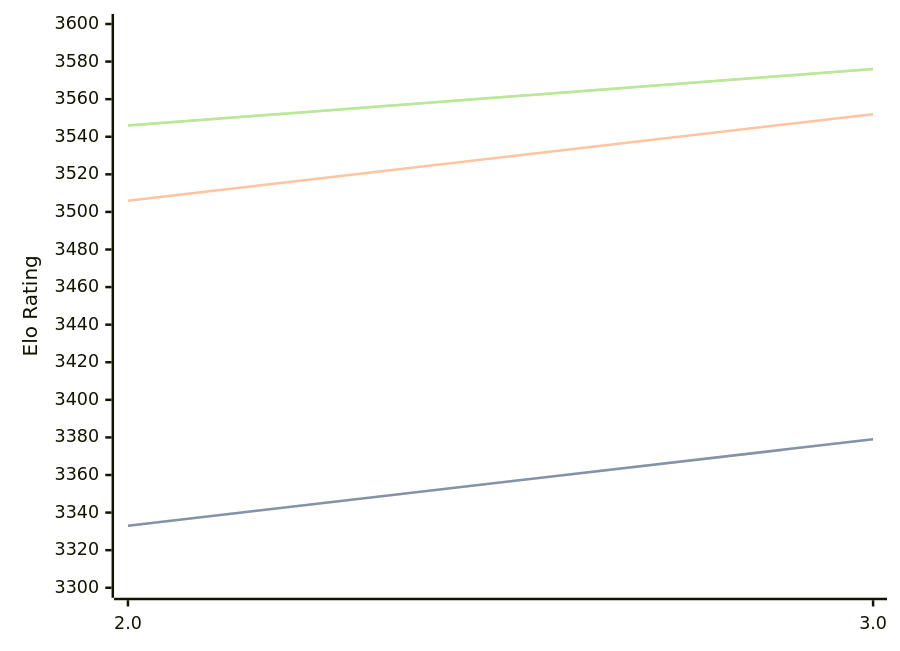
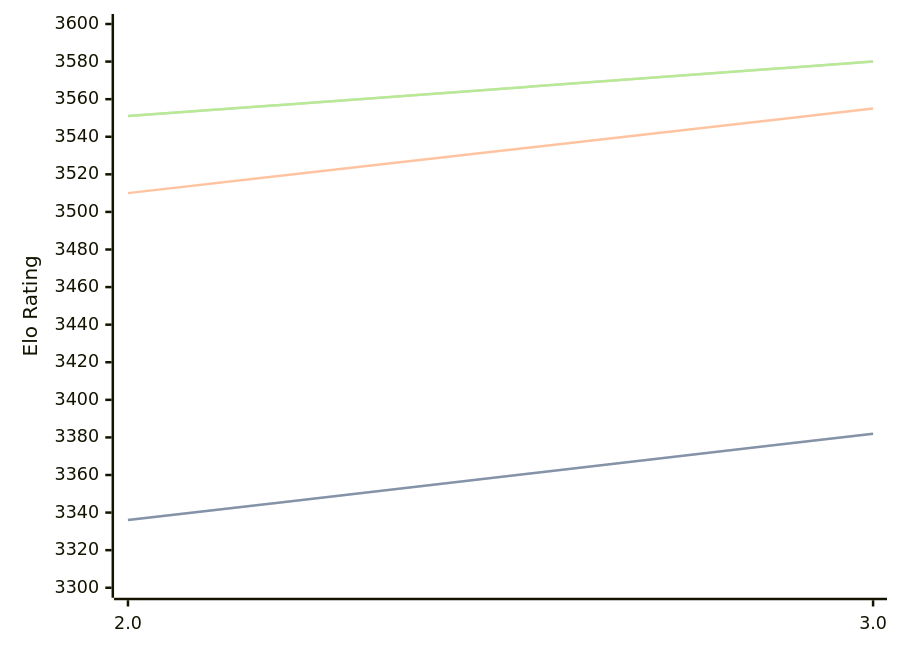
Before and after one commit to computer-chess-index/cci: the diagram in engines/Quanticade.md, drawn with Mermaid. The commit also changed other lines of this file, not shown here.

Commit message:
Update CCI Ratings (ELO VLTC) - 2026-04-30

````diff
--- a/engines/Quanticade.md
+++ b/engines/Quanticade.md
@@ -41,11 +41,11 @@
 ```mermaid
 %%{init: {"theme":"base","themeVariables":{"seriesColors:['#a3a3a3','#222221','#faa371']}}}%%
 xychart-beta
   x-axis ["2.0", "3.0"]
   y-axis "Elo Rating" 3300 --> 3600
-  line "STC (8.0+0.08s)" [3333, 3379]
-  line "STC (8.0+0.08s)" [3333, 3379]
-  line "LTC (60.0+0.60s)" [3506, 3552]
-  line "VLTC (2m24s+1.12s)" [3546, 3576]
-  line "VLTC (2m24s+1.12s)" [3546, 3576]
+  line "STC (8.0+0.08s)" [3336, 3382]
+  line "STC (8.0+0.08s)" [3336, 3382]
+  line "LTC (60.0+0.60s)" [3510, 3555]
+  line "VLTC (2m24s+1.12s)" [3551, 3580]
+  line "VLTC (2m24s+1.12s)" [3551, 3580]
 ```
````
